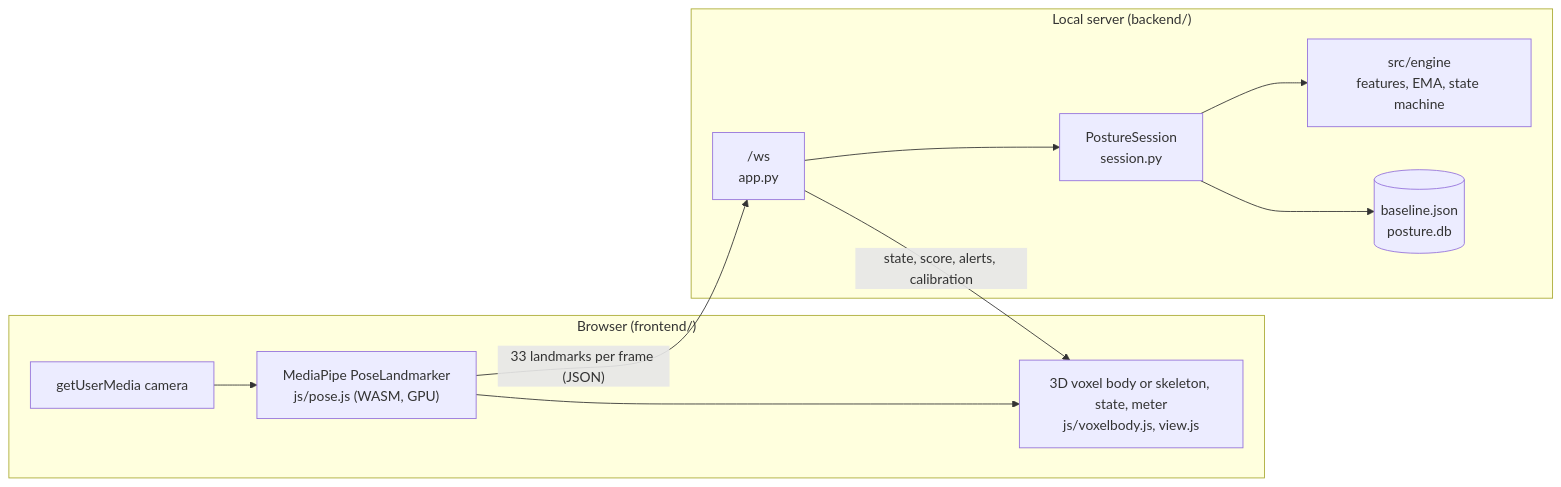
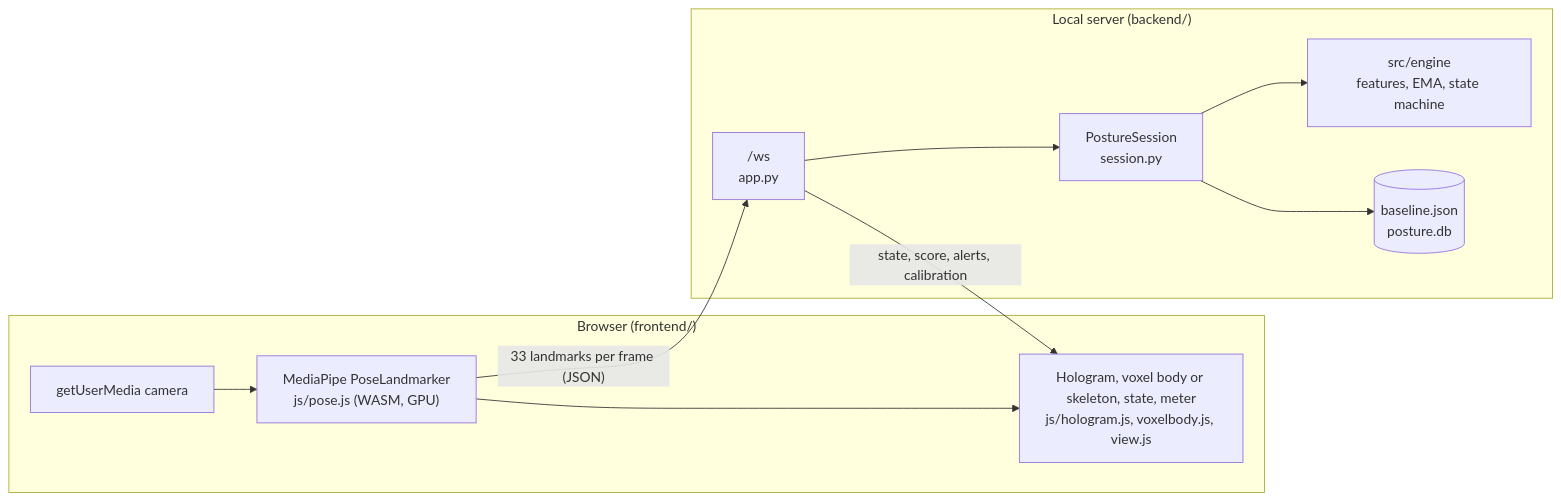
The fourth of 5 diagrams in docs/architecture.md (himanshushekharmishra/posture-monitor), drawn with Mermaid before and after one commit. The commit also changed other lines of this file and 12 other files, not shown here.

````diff
--- a/docs/architecture.md
+++ b/docs/architecture.md
@@ -95,14 +95,14 @@
 ```mermaid
 flowchart LR
     subgraph browser["Browser (frontend/)"]
         cam["getUserMedia camera"] --> mp["MediaPipe PoseLandmarker<br/>js/pose.js (WASM, GPU)"]
-        mp --> ui["3D voxel body or skeleton, state, meter<br/>js/voxelbody.js, view.js"]
+        mp --> ui["Hologram, voxel body or skeleton, state, meter<br/>js/hologram.js, voxelbody.js, view.js"]
     end
     subgraph server["Local server (backend/)"]
         ws["/ws<br/>app.py"] --> sess["PostureSession<br/>session.py"]
         sess --> engine["src/engine<br/>features, EMA, state machine"]
         sess --> files[("baseline.json<br/>posture.db")]
     end
     mp -->|"33 landmarks per frame (JSON)"| ws
     ws -->|"state, score, alerts, calibration"| ui
 ```
````
